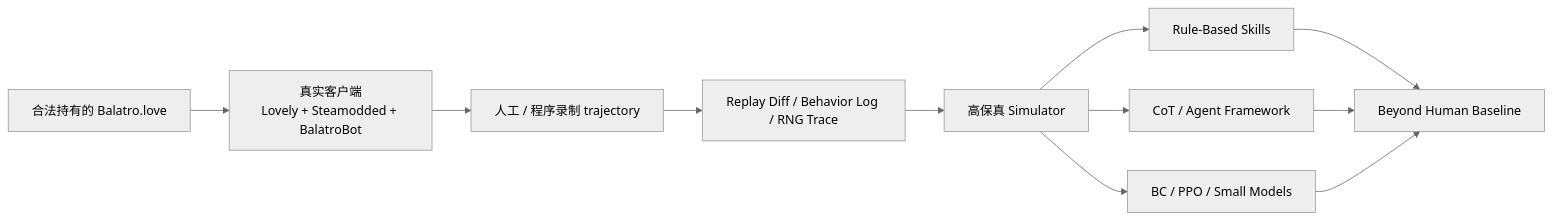
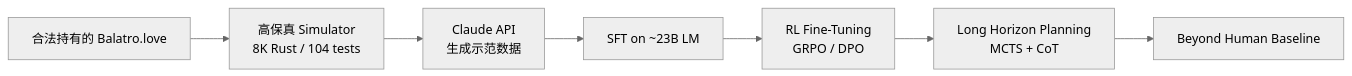
One commit to Alchemist-X/hack-balatro changed the second of 2 diagrams in README.md. Above: the diagram before and after it, drawn with Mermaid (neutral theme). The commit also changed other lines of this file and 1 other file, not shown here.

First line of the commit message:
docs: pivot to Small LM + Long Horizon Planning approach

````diff
--- a/README.md
+++ b/README.md
@@ -116,13 +160,9 @@
 ```mermaid
 flowchart LR
-    A[合法持有的 Balatro.love] --> B[真实客户端<br/>Lovely + Steamodded + BalatroBot]
-    B --> C[人工 / 程序录制 trajectory]
-    C --> D[Replay Diff / Behavior Log / RNG Trace]
-    D --> E[高保真 Simulator]
-    E --> F[Rule-Based Skills]
-    E --> G[CoT / Agent Framework]
-    E --> H[BC / PPO / Small Models]
-    F --> I[Beyond Human Baseline]
-    G --> I
-    H --> I
+    A[合法持有的 Balatro.love] --> B[高保真 Simulator<br/>8K Rust / 104 tests]
+    B --> C[Claude API<br/>生成示范数据]
+    C --> D[SFT on ~23B LM]
+    D --> E[RL Fine-Tuning<br/>GRPO / DPO]
+    E --> F[Long Horizon Planning<br/>MCTS + CoT]
+    F --> G[Beyond Human Baseline]
 ```
````
